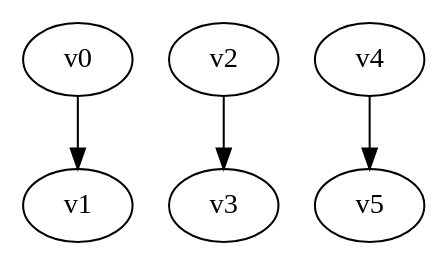
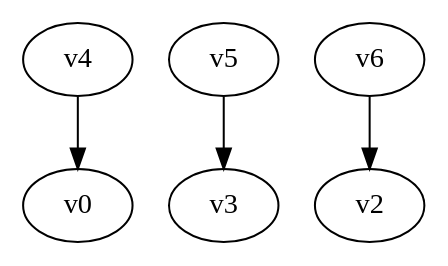
One commit to yadej/graph_project changed the diagram in digraph.dot. Above: the diagram before and after it, drawn with Graphviz. The commit also changed 2 other files, not shown here.

```diff
--- a/digraph.dot
+++ b/digraph.dot
@@ -1,5 +1,5 @@
 digraph G { 
-v0 -> v1;
-v2 -> v3;
-v4 -> v5;
+v4 -> v0;
+v5 -> v3;
+v6 -> v2;
 }
```
